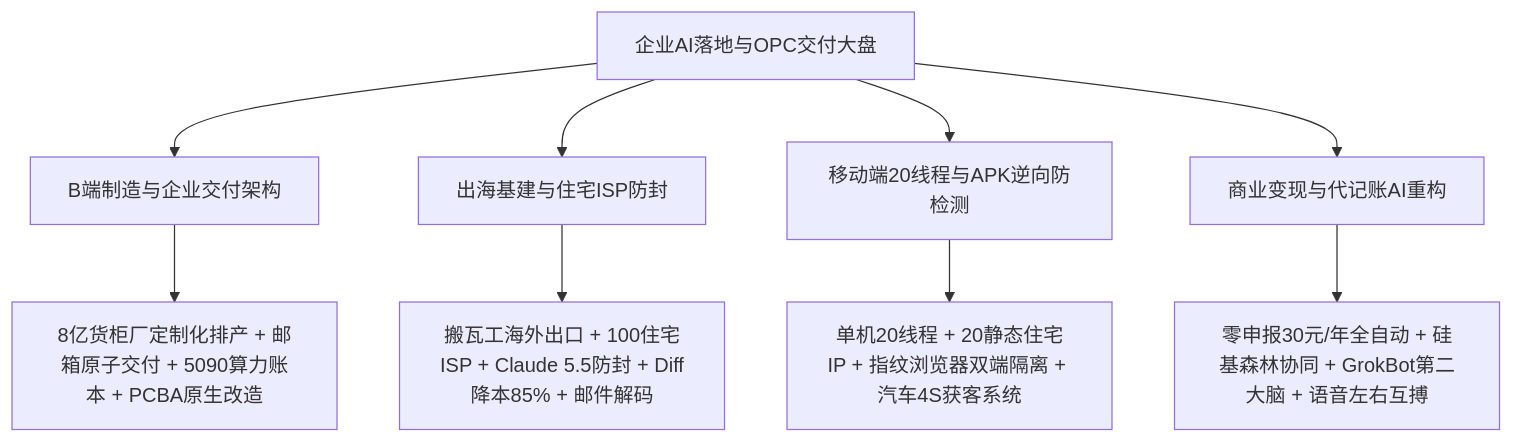
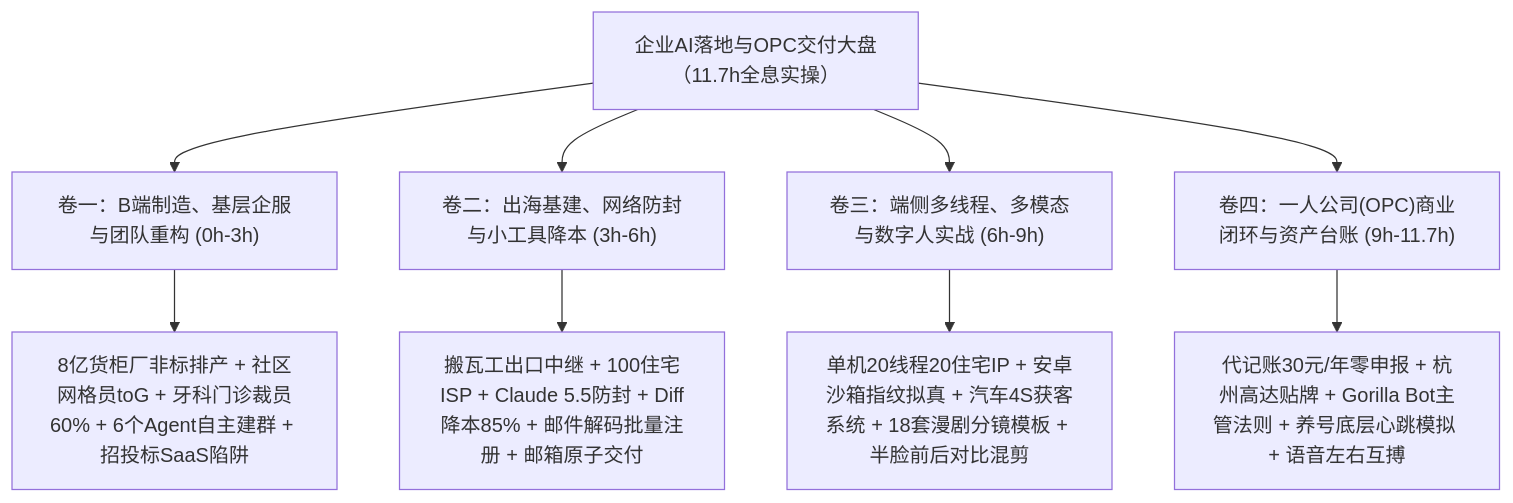
Before and after one commit to dollarser/knowledge: the first of 8 diagrams in content/live-20261104-01.md, drawn with Mermaid. The commit also changed other lines of this file and 1 other file, not shown here.

````diff
--- a/content/live-20261104-01.md
+++ b/content/live-20261104-01.md
@@ -5,12 +5,12 @@
 ```mermaid
 flowchart TD
-    A["企业AI落地与OPC交付大盘"] --> B["B端制造与企业交付架构"]
-    A --> C["出海基建与住宅ISP防封"]
-    A --> D["移动端20线程与APK逆向防检测"]
-    A --> E["商业变现与代记账AI重构"]
+    A["企业AI落地与OPC交付大盘（11.7h全息实操）"] --> B["卷一：B端制造、基层企服与团队重构 (0h-3h)"]
+    A --> C["卷二：出海基建、网络防封与小工具降本 (3h-6h)"]
+    A --> D["卷三：端侧多线程、多模态与数字人实战 (6h-9h)"]
+    A --> E["卷四：一人公司(OPC)商业闭环与资产台账 (9h-11.7h)"]
 
-    B --> F["8亿货柜厂定制化排产 + 邮箱原子交付 + 5090算力账本 + PCBA原生改造"]
-    C --> G["搬瓦工海外出口 + 100住宅ISP + Claude 5.5防封 + Diff降本85% + 邮件解码"]
-    D --> H["单机20线程 + 20静态住宅IP + 指纹浏览器双端隔离 + 汽车4S获客系统"]
-    E --> I["零申报30元/年全自动 + 硅基森林协同 + GrokBot第二大脑 + 语音左右互搏"]
+    B --> F["8亿货柜厂非标排产 + 社区网格员toG + 牙科门诊裁员60% + 6个Agent自主建群 + 招投标SaaS陷阱"]
+    C --> G["搬瓦工出口中继 + 100住宅ISP + Claude 5.5防封 + Diff降本85% + 邮件解码批量注册 + 邮箱原子交付"]
+    D --> H["单机20线程20住宅IP + 安卓沙箱指纹拟真 + 汽车4S获客系统 + 18套漫剧分镜模板 + 半脸前后对比混剪"]
+    E --> I["代记账30元/年零申报 + 杭州高达贴牌 + Gorilla Bot主管法则 + 养号底层心跳模拟 + 语音左右互搏"]
 ```
````
